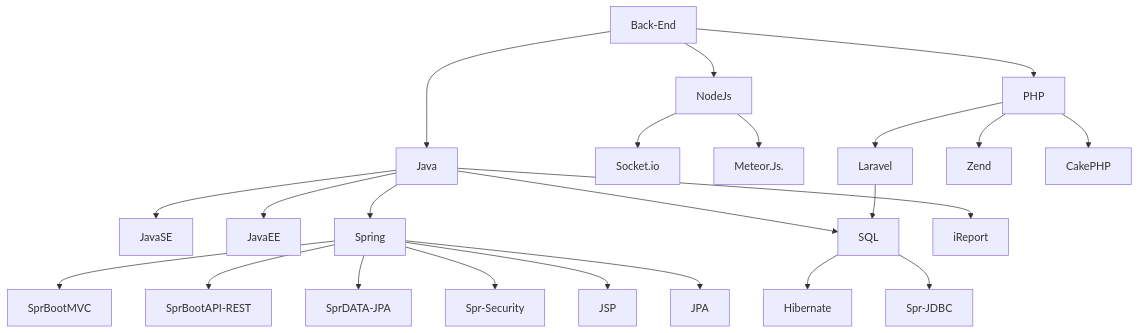
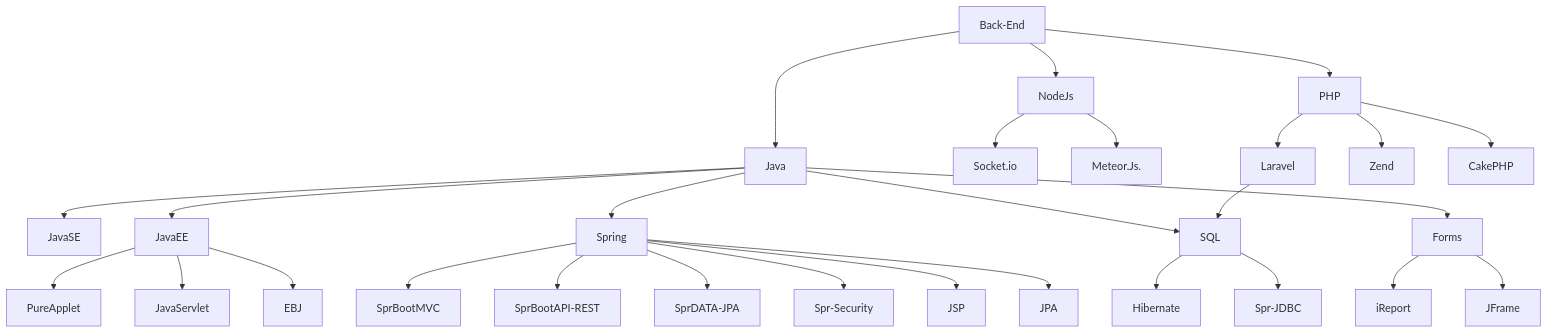
The second of 3 diagrams in README.md (Maxnegrao33/Maxnegrao33), drawn with Mermaid before and after one commit. The commit also changed other lines of this file, not shown here.

````diff
--- a/README.md
+++ b/README.md
@@ -162,25 +166,30 @@
 ```mermaid
 graph TD;
     Back-End-->Java;
     Back-End-->NodeJs;
     NodeJs-->Socket.io;
     NodeJs-->Meteor.Js.
     Back-End-->PHP;
     PHP-->Laravel;
     PHP-->Zend;
     PHP-->CakePHP;
     Java-->JavaSE;
     Java-->JavaEE;
+    JavaEE-->PureApplet;
+    JavaEE-->JavaServlet;
+    JavaEE-->EBJ;
     Java-->Spring;
     Java-->SQL;
     Laravel-->SQL;
     Spring-->SprBootMVC;
     Spring-->SprBootAPI-REST;
     Spring-->SprDATA-JPA;
     SQL-->Hibernate;
     SQL-->Spr-JDBC;
     Spring-->Spr-Security;
     Spring-->JSP;
     Spring-->JPA;
-    Java-->iReport;   
+    Java-->Forms;
+    Forms-->iReport
+    Forms-->JFrame;
    ```
````
